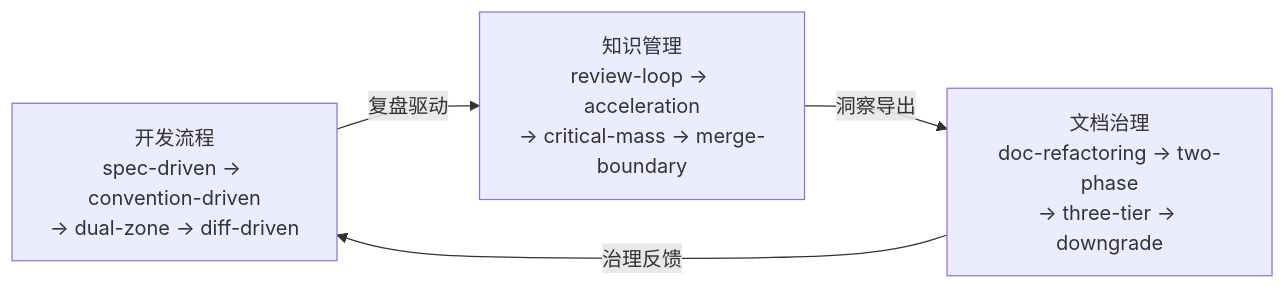
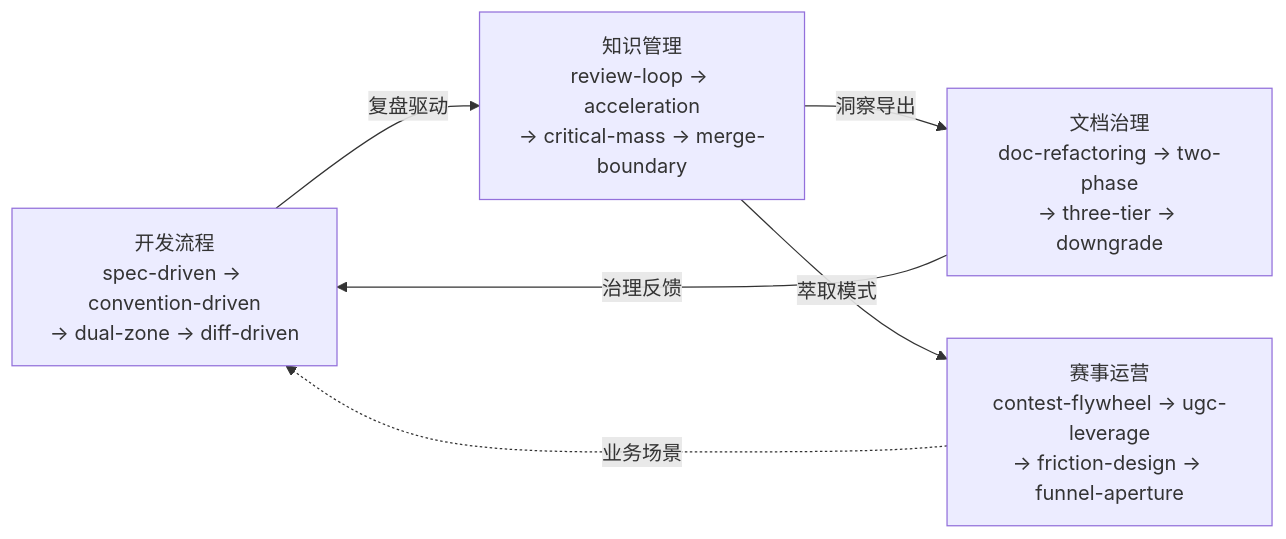
Before and after one commit to xinetzone/SpecWeave: the fifth of 5 diagrams in docs/retrospective/patterns/methodology-patterns/README.md, drawn with Mermaid. The commit also changed other lines of this file, not shown here.

````diff
--- a/docs/retrospective/patterns/methodology-patterns/README.md
+++ b/docs/retrospective/patterns/methodology-patterns/README.md
@@ -184,10 +205,13 @@
 ```mermaid
 flowchart LR
     DEV[开发流程<br/>spec-driven → convention-driven<br/>→ dual-zone → diff-driven]
     DOC[文档治理<br/>doc-refactoring → two-phase<br/>→ three-tier → downgrade]
     KM[知识管理<br/>review-loop → acceleration<br/>→ critical-mass → merge-boundary]
+    MKT[赛事运营<br/>contest-flywheel → ugc-leverage<br/>→ friction-design → funnel-aperture]
 
     DEV -->|"复盘驱动"| KM
     KM -->|"洞察导出"| DOC
     DOC -->|"治理反馈"| DEV
+    KM -->|"萃取模式"| MKT
+    MKT -.->|"业务场景"| DEV
 ```
````
